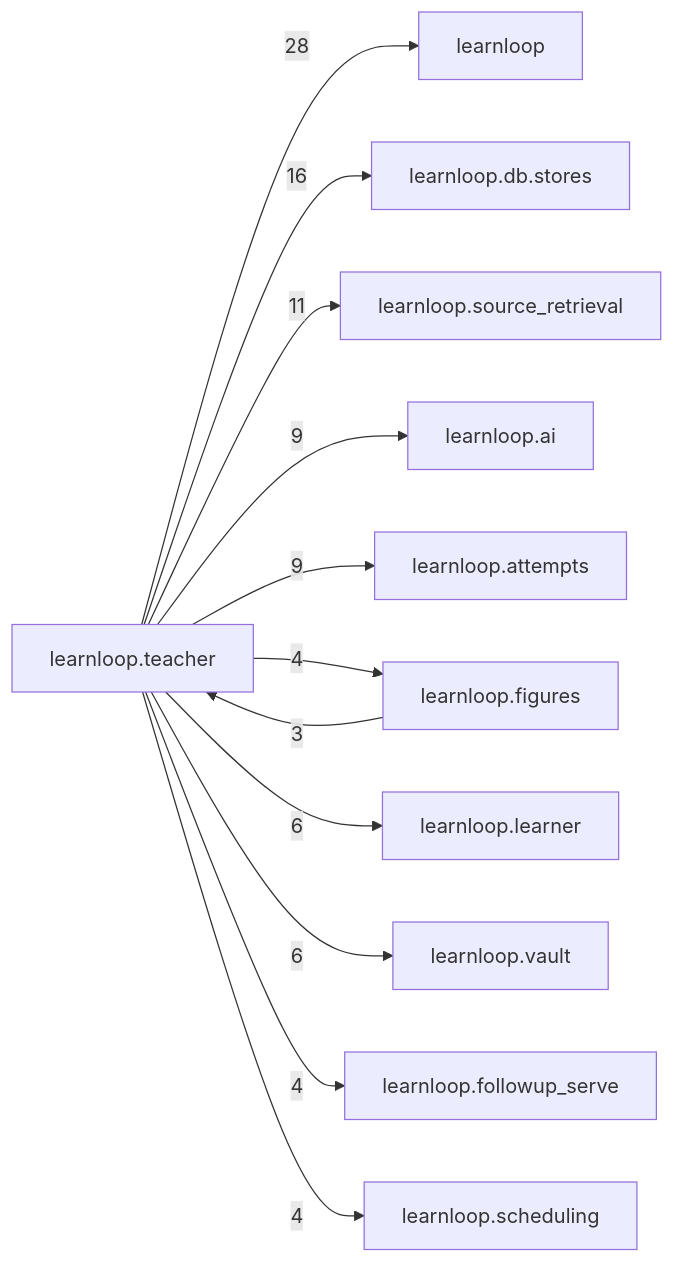
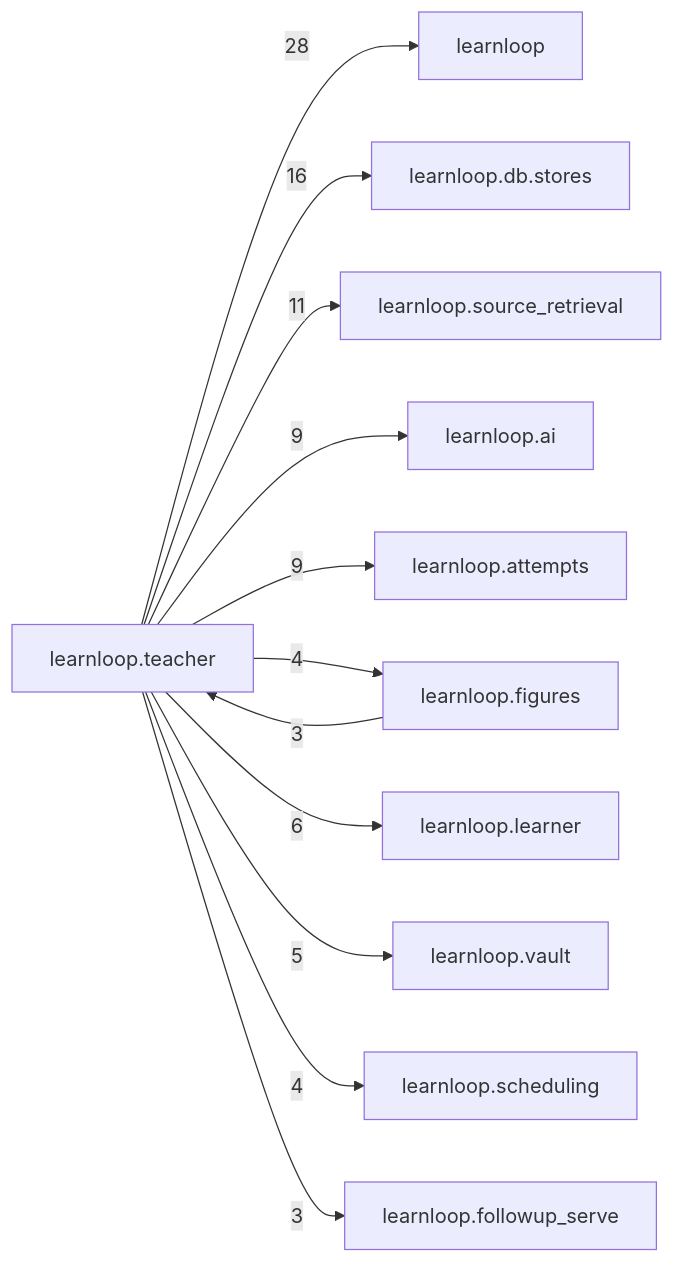
One commit to 6up-b/learnanything changed the diagram in docs/learnloop-architecture-vault/Reference/Modules/learnloop/teacher/_package.md. Above: the diagram before and after it, drawn with Mermaid. The commit also changed other lines of this file and 52 other files, not shown here.

````diff
--- a/docs/learnloop-architecture-vault/Reference/Modules/learnloop/teacher/_package.md
+++ b/docs/learnloop-architecture-vault/Reference/Modules/learnloop/teacher/_package.md
@@ -123,25 +122,25 @@
 ```mermaid
 flowchart LR
     center["learnloop.teacher"]
     n_learnloop["learnloop"]
     n_learnloop_db_stores["learnloop.db.stores"]
     n_learnloop_source_retrieval["learnloop.source_retrieval"]
     n_learnloop_ai["learnloop.ai"]
     n_learnloop_attempts["learnloop.attempts"]
     n_learnloop_figures["learnloop.figures"]
     n_learnloop_learner["learnloop.learner"]
     n_learnloop_vault["learnloop.vault"]
+    n_learnloop_scheduling["learnloop.scheduling"]
     n_learnloop_followup_serve["learnloop.followup_serve"]
-    n_learnloop_scheduling["learnloop.scheduling"]
     center -->|28| n_learnloop
     center -->|16| n_learnloop_db_stores
     center -->|11| n_learnloop_source_retrieval
     center -->|9| n_learnloop_ai
     center -->|9| n_learnloop_attempts
     n_learnloop_figures -->|3| center
     center -->|4| n_learnloop_figures
     center -->|6| n_learnloop_learner
-    center -->|6| n_learnloop_vault
-    center -->|4| n_learnloop_followup_serve
+    center -->|5| n_learnloop_vault
     center -->|4| n_learnloop_scheduling
+    center -->|3| n_learnloop_followup_serve
 ```
````
